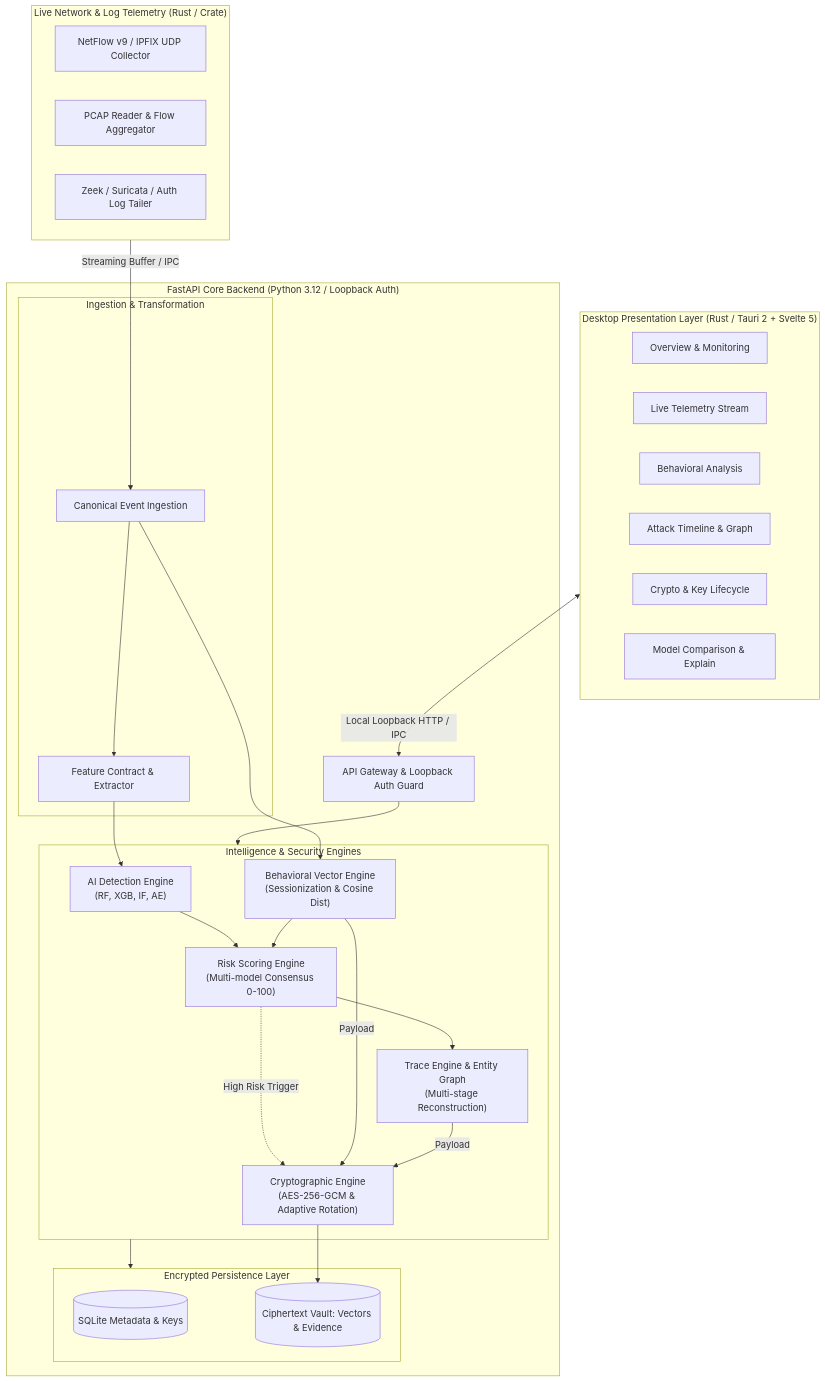
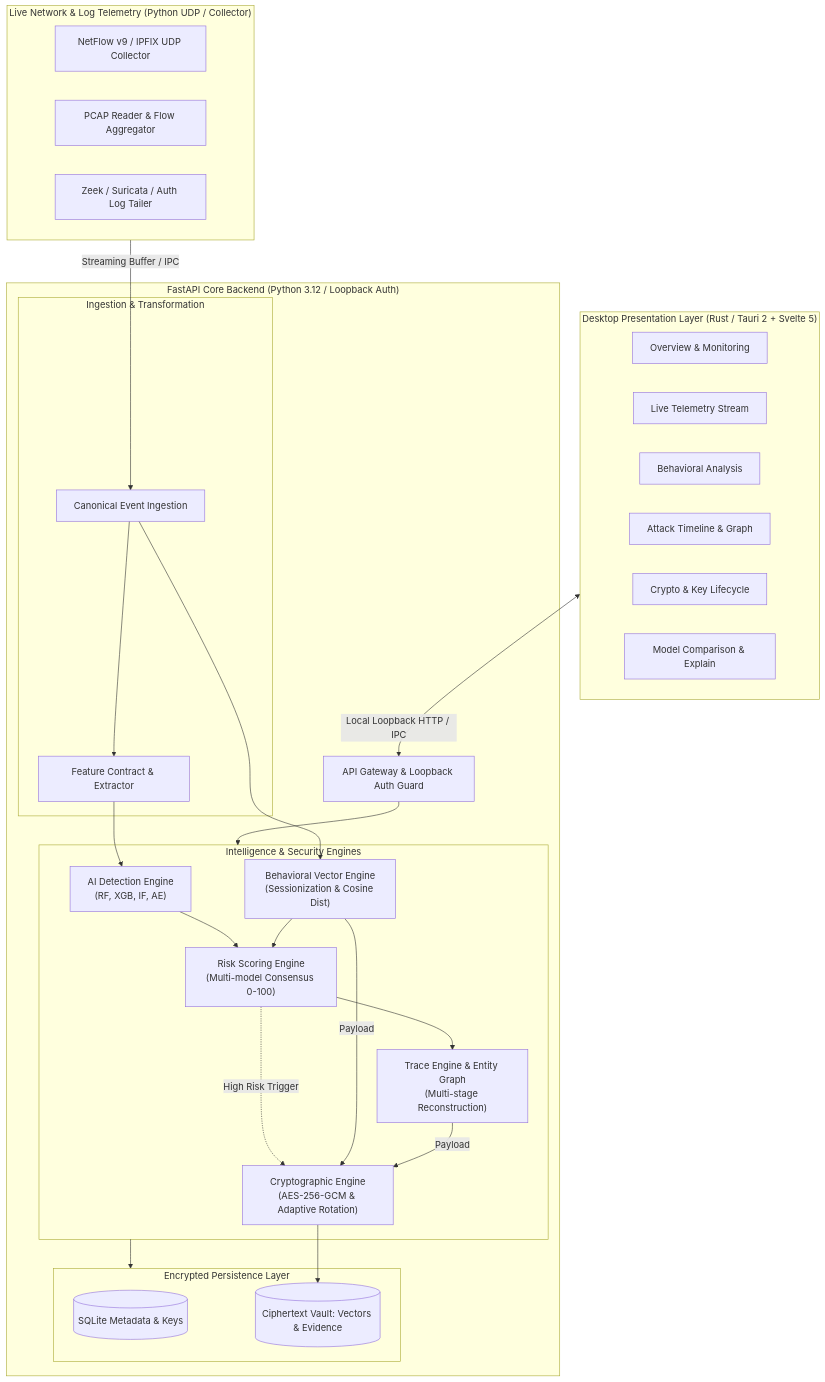
One commit to doctor-cato/AI-NETWORK-ANOMALY-DETECTION-TRACEABILITY-MAIN changed the first of 2 diagrams in docs/ARCHITECTURE_V2.md. Above: the diagram before and after it, drawn with Mermaid. The commit also changed other lines of this file and 189 other files, not shown here.

````diff
--- a/docs/ARCHITECTURE_V2.md
+++ b/docs/ARCHITECTURE_V2.md
@@ -16,52 +16,52 @@
 ```mermaid
 flowchart TB
     subgraph UI ["Desktop Presentation Layer (Rust / Tauri 2 + Svelte 5)"]
         UI_Dash["Overview & Monitoring"]
         UI_Live["Live Telemetry Stream"]
         UI_Behavioral["Behavioral Analysis"]
         UI_Trace["Attack Timeline & Graph"]
         UI_Crypto["Crypto & Key Lifecycle"]
         UI_Model["Model Comparison & Explain"]
     end
 
     subgraph Sidecar ["FastAPI Core Backend (Python 3.12 / Loopback Auth)"]
         API_Gateway["API Gateway & Loopback Auth Guard"]
         
         subgraph Pipeline ["Ingestion & Transformation"]
             Can_Ingest["Canonical Event Ingestion"]
             Feat_Extract["Feature Contract & Extractor"]
         end
 
         subgraph CoreEngines ["Intelligence & Security Engines"]
             AI_Engine["AI Detection Engine\n(RF, XGB, IF, AE)"]
             Beh_Engine["Behavioral Vector Engine\n(Sessionization & Cosine Dist)"]
             Risk_Engine["Risk Scoring Engine\n(Multi-model Consensus 0-100)"]
             Trace_Engine["Trace Engine & Entity Graph\n(Multi-stage Reconstruction)"]
             Crypto_Engine["Cryptographic Engine\n(AES-256-GCM & Adaptive Rotation)"]
         end
 
         subgraph Storage ["Encrypted Persistence Layer"]
             DB_Meta[(SQLite Metadata & Keys)]
             DB_Vault[(Ciphertext Vault: Vectors & Evidence)]
         end
     end
 
-    subgraph Telemetry ["Live Network & Log Telemetry (Rust / Crate)"]
+    subgraph Telemetry ["Live Network & Log Telemetry (Python UDP / Collector)"]
         NetFlow_Col["NetFlow v9 / IPFIX UDP Collector"]
         PCAP_Reader["PCAP Reader & Flow Aggregator"]
         Log_Tail["Zeek / Suricata / Auth Log Tailer"]
     end
 
     UI <-->|Local Loopback HTTP / IPC| API_Gateway
     Telemetry -->|Streaming Buffer / IPC| Can_Ingest
     Can_Ingest --> Feat_Extract
     Feat_Extract --> AI_Engine
     Can_Ingest --> Beh_Engine
     AI_Engine & Beh_Engine --> Risk_Engine
     Risk_Engine --> Trace_Engine
     Risk_Engine -.->|High Risk Trigger| Crypto_Engine
     Beh_Engine & Trace_Engine -->|Payload| Crypto_Engine
     Crypto_Engine --> DB_Vault
     API_Gateway --> CoreEngines
     CoreEngines --> Storage
 ```
````
